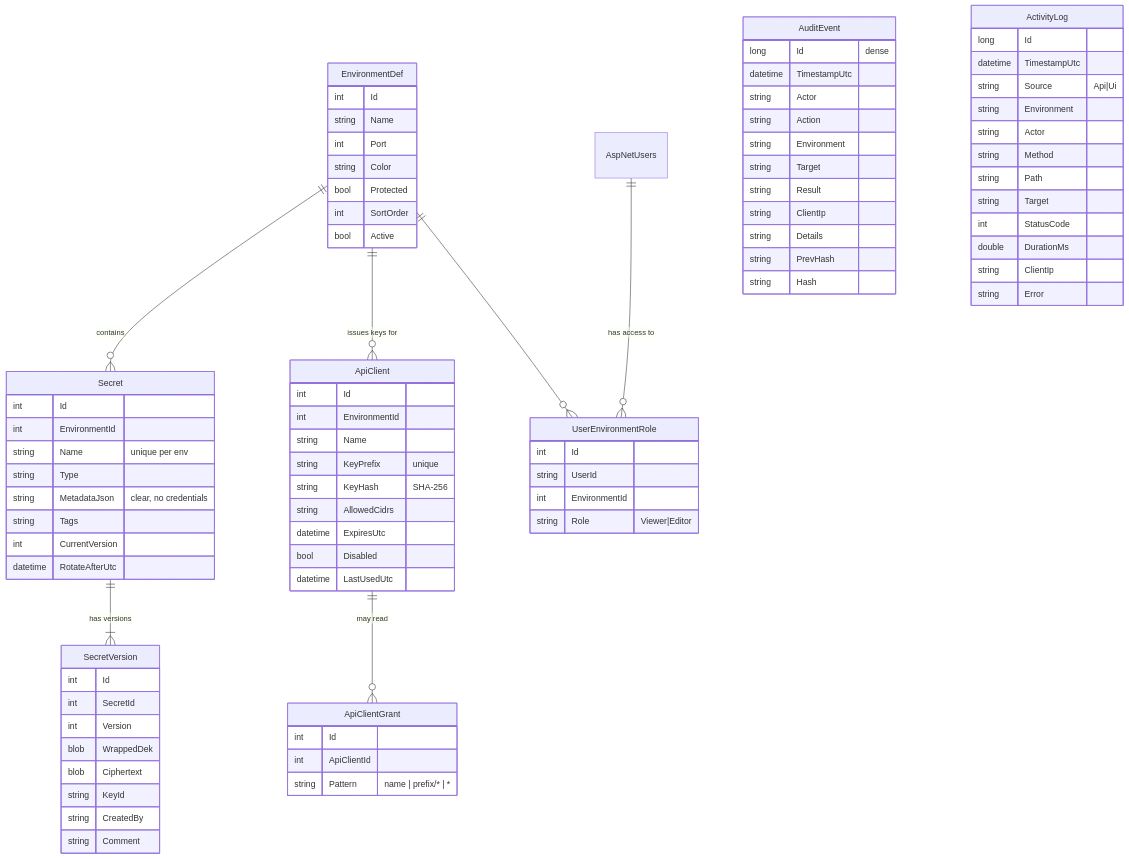
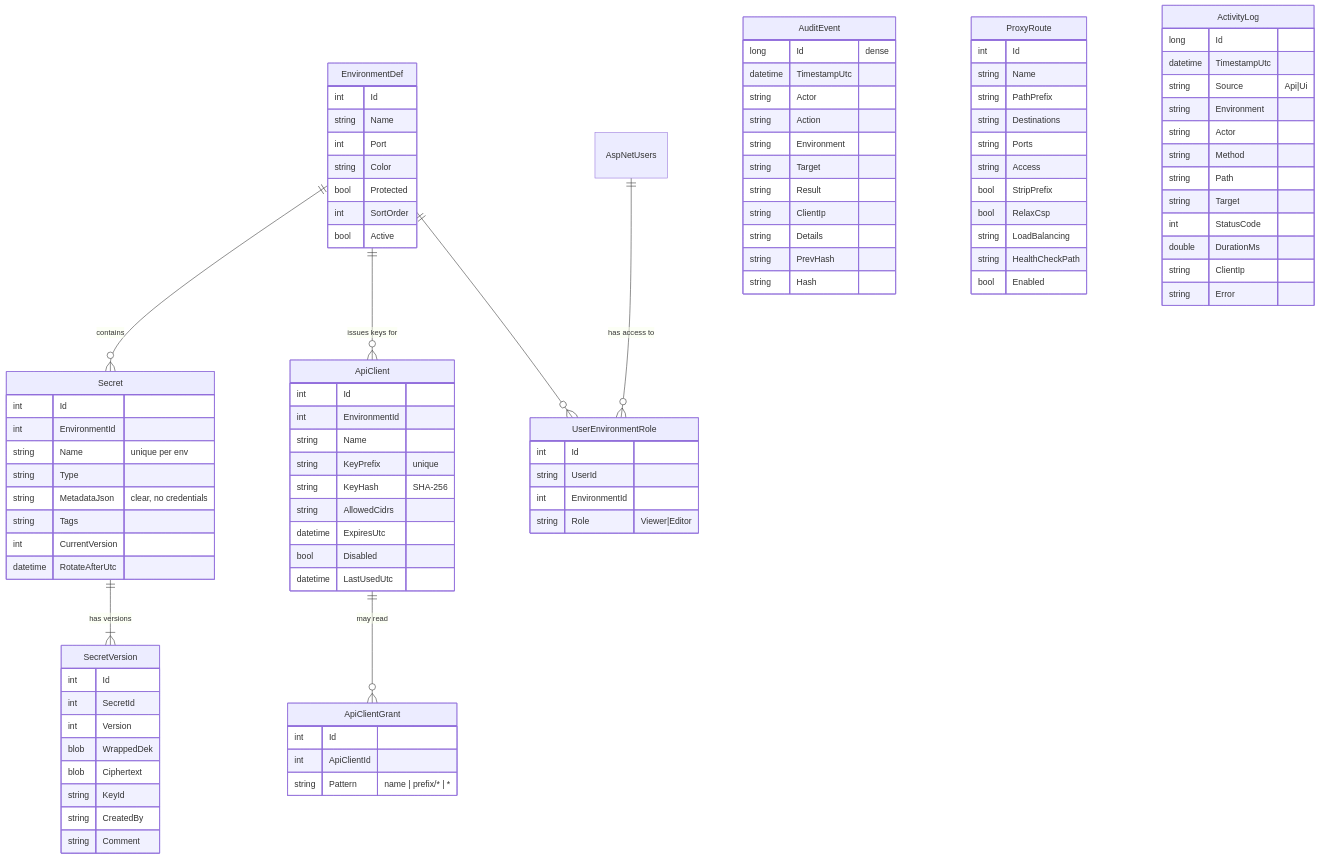
One commit to jmconlon2001/keyport changed the fourth of 4 diagrams in README.md. Above: the diagram before and after it, drawn with Mermaid. The commit also changed other lines of this file and 57 other files, not shown here.

````diff
--- a/README.md
+++ b/README.md
@@ -396,18 +424,19 @@
 ```mermaid
 erDiagram
     EnvironmentDef ||--o{ Secret : contains
     Secret ||--|{ SecretVersion : "has versions"
     EnvironmentDef ||--o{ ApiClient : "issues keys for"
     ApiClient ||--o{ ApiClientGrant : "may read"
     AspNetUsers ||--o{ UserEnvironmentRole : "has access to"
     EnvironmentDef ||--o{ UserEnvironmentRole : ""
 
     EnvironmentDef { int Id string Name int Port string Color bool Protected int SortOrder bool Active }
     Secret { int Id int EnvironmentId string Name "unique per env" string Type string MetadataJson "clear, no credentials" string Tags int CurrentVersion datetime RotateAfterUtc }
     SecretVersion { int Id int SecretId int Version blob WrappedDek blob Ciphertext string KeyId string CreatedBy string Comment }
     ApiClient { int Id int EnvironmentId string Name string KeyPrefix "unique" string KeyHash "SHA-256" string AllowedCidrs datetime ExpiresUtc bool Disabled datetime LastUsedUtc }
     ApiClientGrant { int Id int ApiClientId string Pattern "name | prefix/* | *" }
     UserEnvironmentRole { int Id string UserId int EnvironmentId string Role "Viewer|Editor" }
     AuditEvent { long Id "dense" datetime TimestampUtc string Actor string Action string Environment string Target string Result string ClientIp string Details string PrevHash string Hash }
+    ProxyRoute { int Id string Name string PathPrefix string Destinations string Ports string Access bool StripPrefix bool RelaxCsp string LoadBalancing string HealthCheckPath bool Enabled }
     ActivityLog { long Id datetime TimestampUtc string Source "Api|Ui" string Environment string Actor string Method string Path string Target int StatusCode double DurationMs string ClientIp string Error }
 ```
````
